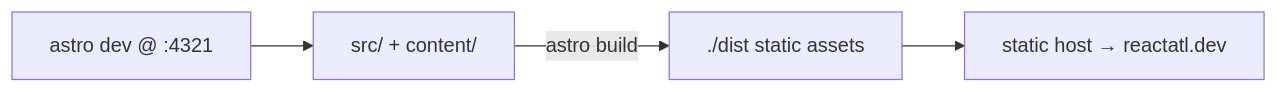
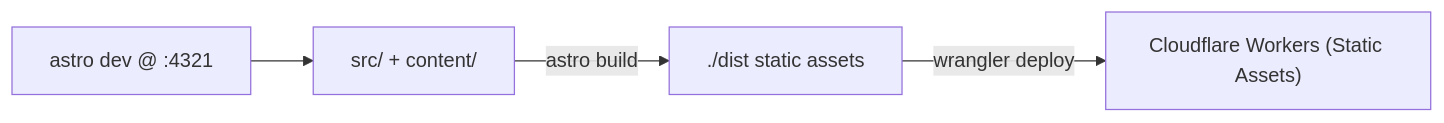
The third of 3 diagrams in docs/SYSTEM_DESIGN.md (ReactATL/reactatl-site), drawn with Mermaid before and after one commit. The commit also changed other lines of this file and 6 other files, not shown here.

Commit message:
chore: configure cloudflare workers static assets deployment

````diff
--- a/docs/SYSTEM_DESIGN.md
+++ b/docs/SYSTEM_DESIGN.md
@@ -200,6 +200,6 @@
 ```mermaid
 flowchart LR
   DEV["astro dev @ :4321"] --> SRC["src/ + content/"]
   SRC -->|"astro build"| DIST["./dist static assets"]
-  DIST --> HOST["static host → reactatl.dev"]
+  DIST -->|"wrangler deploy"| CF["Cloudflare Workers (Static Assets)"]
 ```
````
